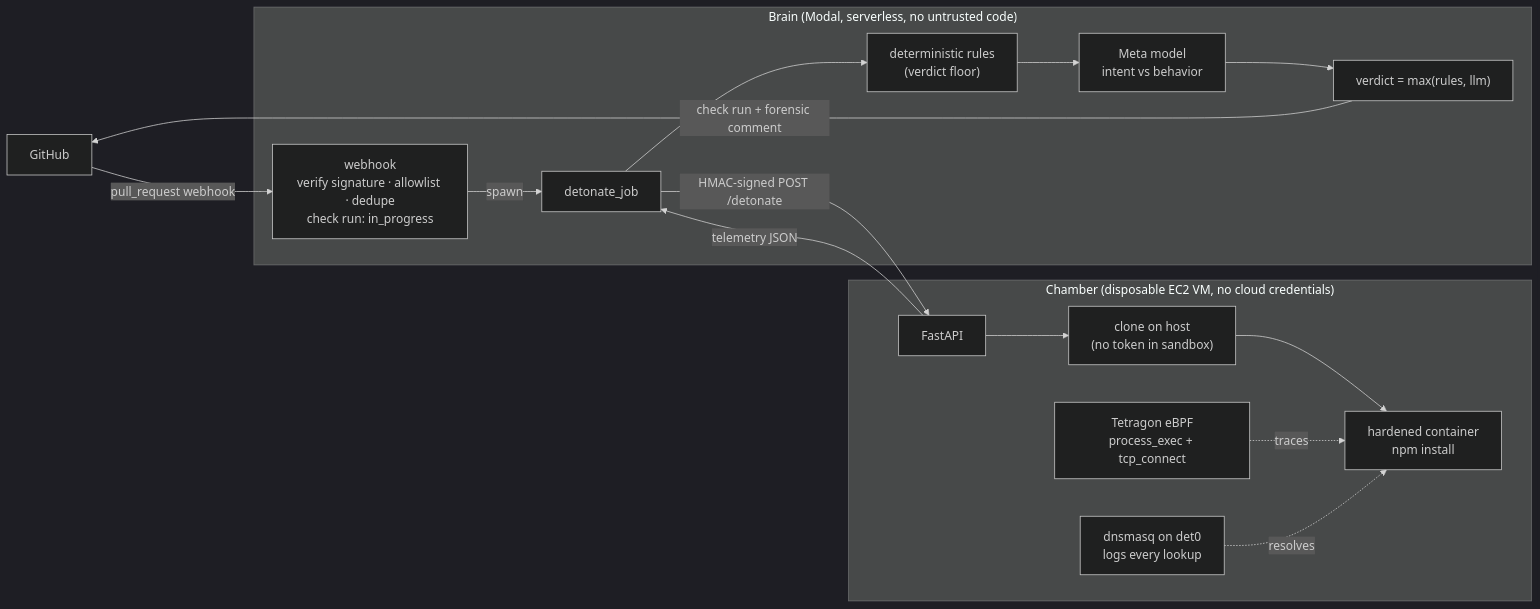
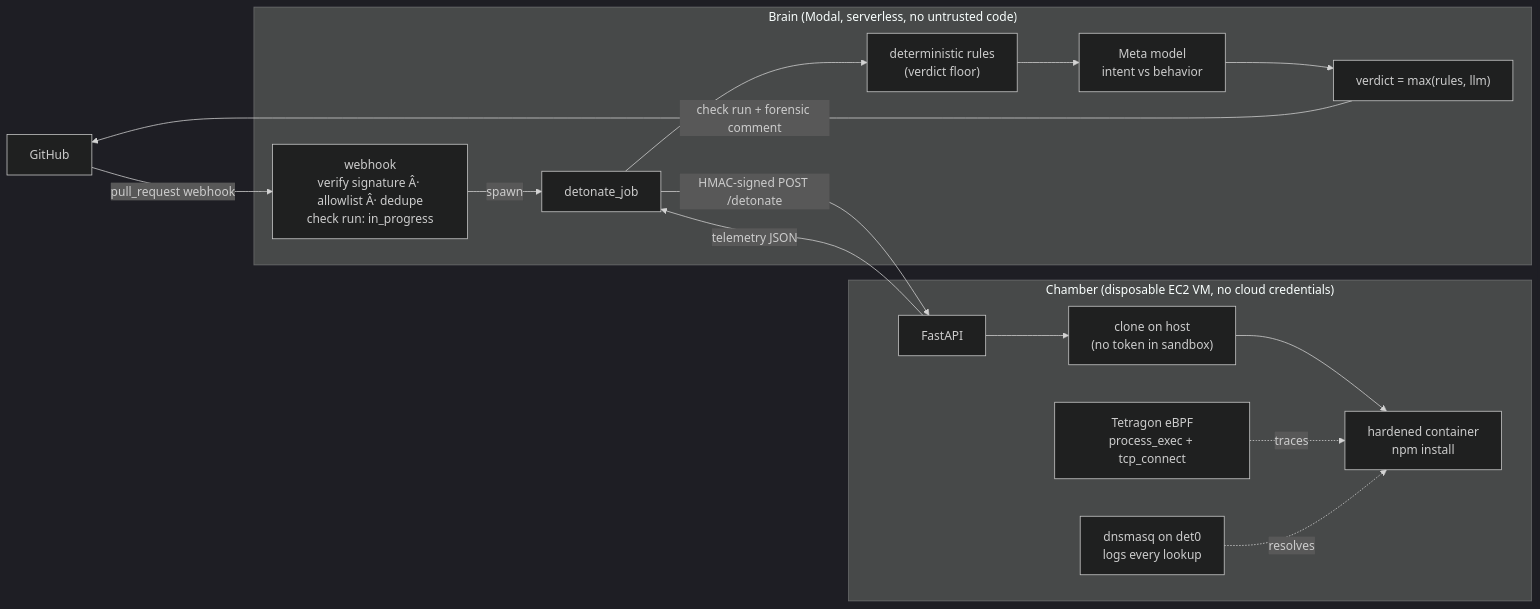
The diagram in README.md (fugeretrevin/Detonator), drawn with Mermaid (dark theme) before and after one commit. The commit also changed other lines of this file and 8 other files, not shown here.

````diff
--- a/README.md
+++ b/README.md
@@ -83,19 +83,19 @@
 ```mermaid
 flowchart LR
     GH[GitHub] -- "pull_request webhook" --> WH
     subgraph Brain["Brain (Modal, serverless, no untrusted code)"]
-        WH["webhook<br/>verify signature · allowlist · dedupe<br/>check run: in_progress"] -- spawn --> JOB["detonate_job"]
+        WH["webhook<br/>verify signature Â· allowlist Â· dedupe<br/>check run: in_progress"] -- spawn --> JOB["detonate_job"]
         JOB --> RULES["deterministic rules<br/>(verdict floor)"]
         RULES --> LLM["Meta model<br/>intent vs behavior"]
         LLM --> V["verdict = max(rules, llm)"]
     end
     JOB -- "HMAC-signed POST /detonate" --> API
     subgraph Chamber["Chamber (disposable EC2 VM, no cloud credentials)"]
         API["FastAPI"] --> CLONE["clone on host<br/>(no token in sandbox)"]
         CLONE --> SB["hardened container<br/>npm install"]
         TET["Tetragon eBPF<br/>process_exec + tcp_connect"] -. traces .-> SB
         DNS["dnsmasq on det0<br/>logs every lookup"] -. resolves .-> SB
     end
     API -- "telemetry JSON" --> JOB
     V -- "check run + forensic comment" --> GH
 ```
````
